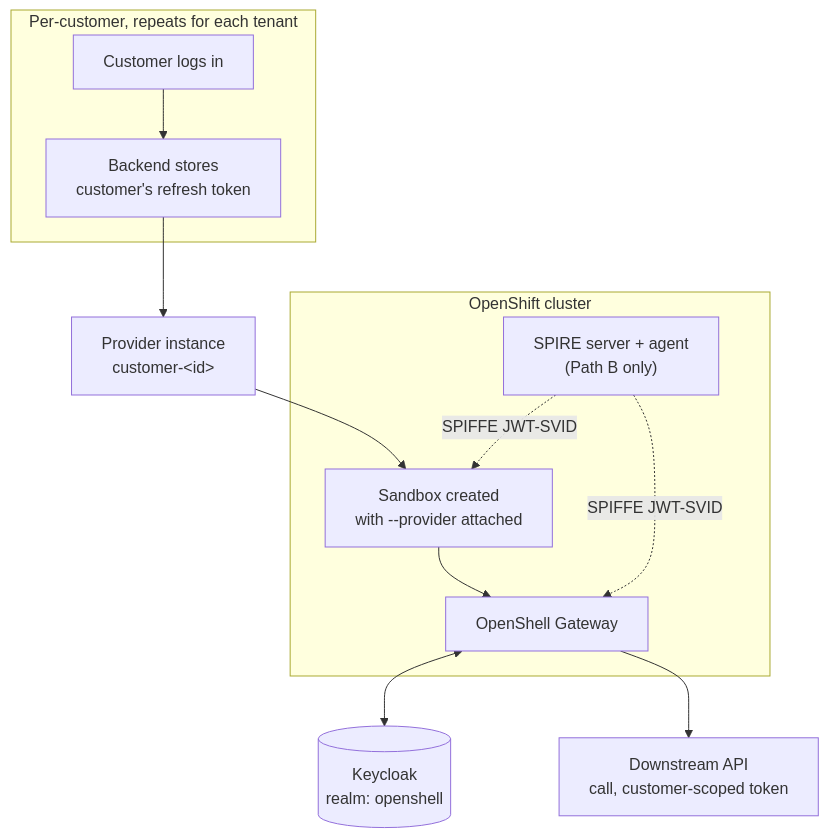
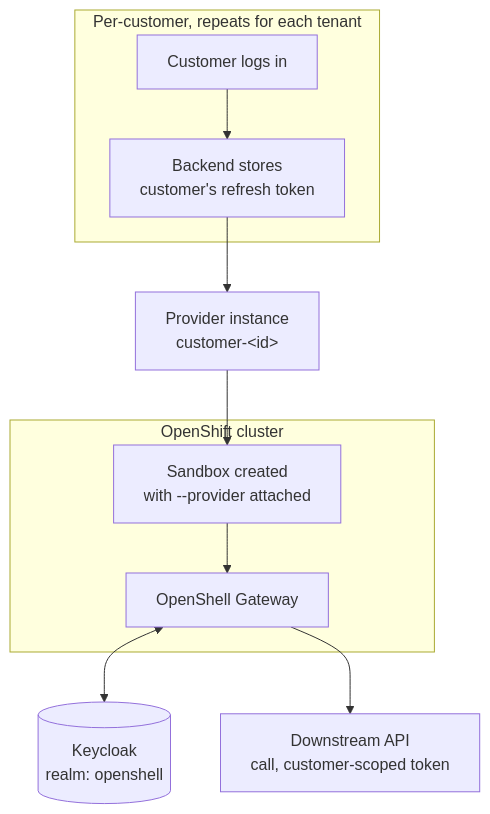
The diagram in demos/spire-spiffe-keycloak/README.md (alpha-hack-program/openshell-demos), drawn with Mermaid before and after one commit. The commit also changed other lines of this file and 1 other file, not shown here.

````diff
--- a/demos/spire-spiffe-keycloak/README.md
+++ b/demos/spire-spiffe-keycloak/README.md
@@ -68,19 +48,16 @@
 ```mermaid
 flowchart TB
     subgraph Customer["Per-customer, repeats for each tenant"]
         C[Customer logs in] --> B[Backend stores<br/>customer's refresh token]
     end
     B --> P["Provider instance<br/>customer-&lt;id&gt;"]
     P --> SB[Sandbox created<br/>with --provider attached]
     SB --> GW[OpenShell Gateway]
     GW <--> KC[(Keycloak<br/>realm: openshell)]
     GW --> API[Downstream API<br/>call, customer-scoped token]
 
     subgraph OCP["OpenShift cluster"]
         GW
         SB
-        SPIRE["SPIRE server + agent<br/>(Path B only)"]
     end
-    SPIRE -.SPIFFE JWT-SVID.-> SB
-    SPIRE -.SPIFFE JWT-SVID.-> GW
 ```
````
